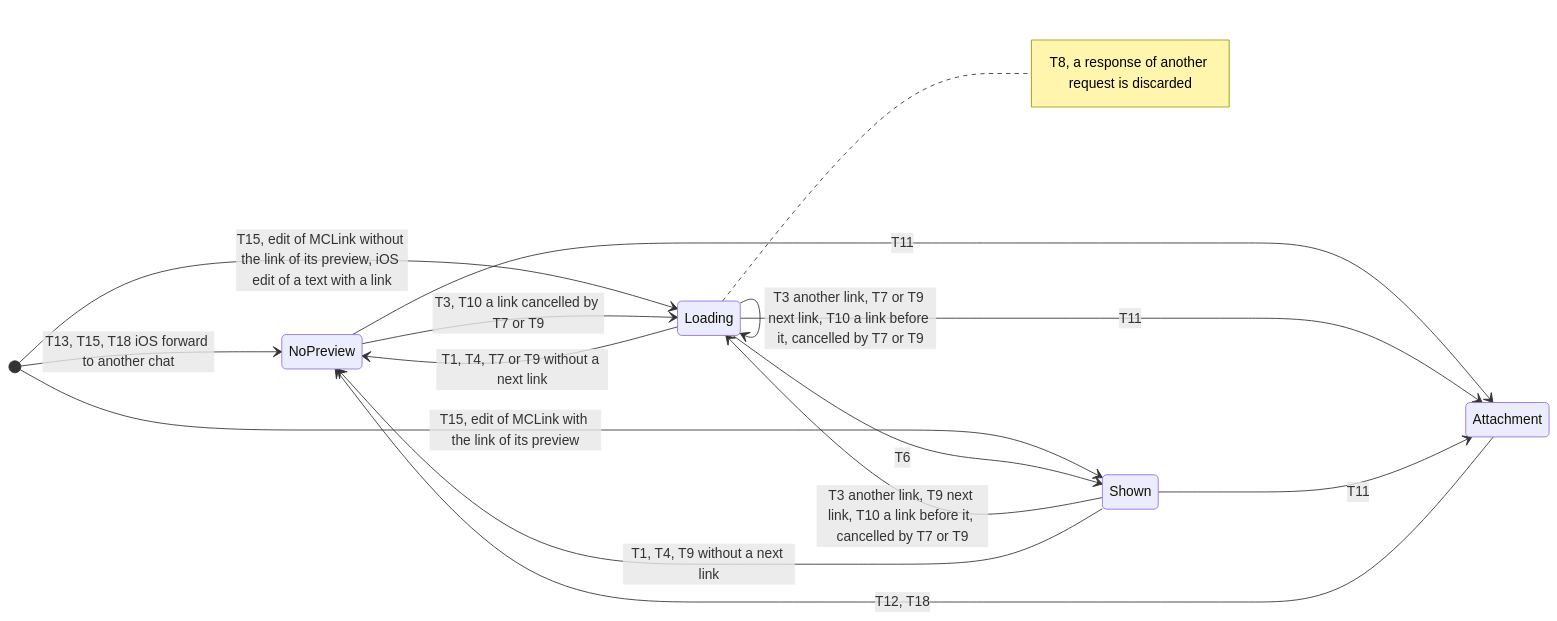
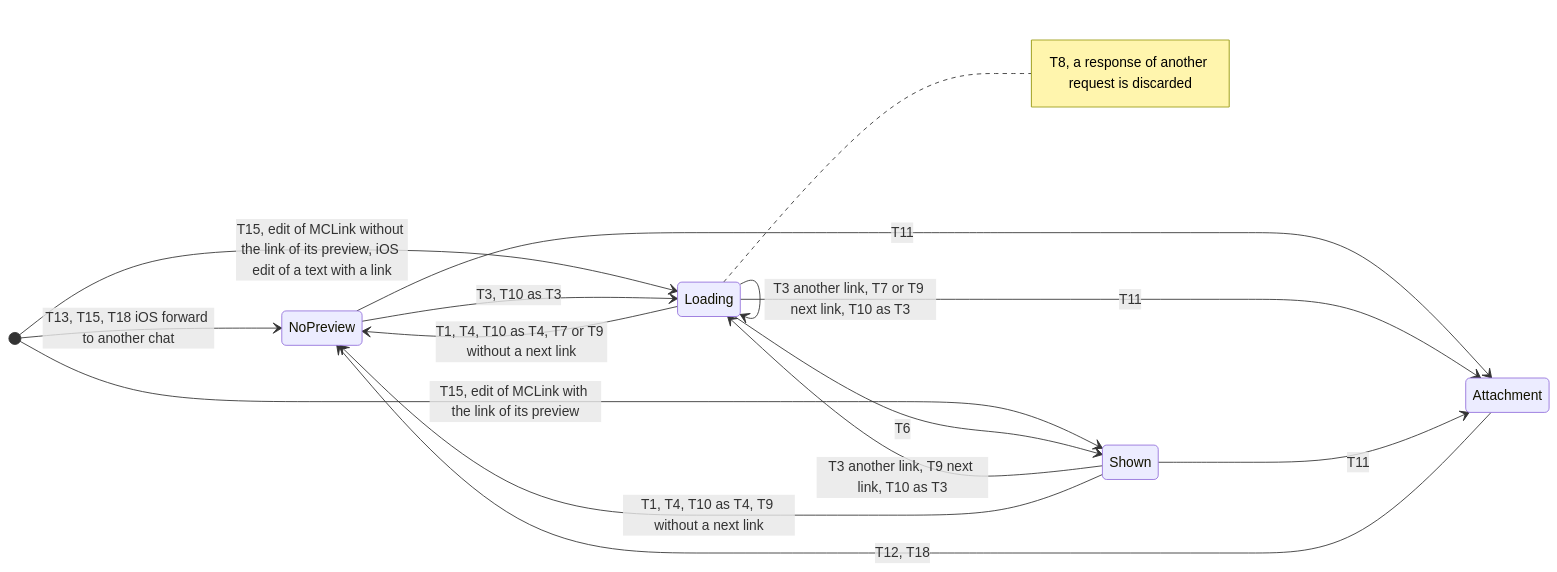
The sixth of 9 diagrams in plans/2026-11-21-link-previews-core.md (simplex-chat/simplex-chat), drawn with Mermaid before and after one commit. The commit also changed other lines of this file, not shown here.

Commit message:
docs: plan all chat switch transitions of link previews

````diff
--- a/plans/2026-11-21-link-previews-core.md
+++ b/plans/2026-11-21-link-previews-core.md
@@ -617,20 +617,20 @@
 ```mermaid
 stateDiagram-v2
   direction LR
   [*] --> NoPreview: T13, T15, T18 iOS forward to another chat
   [*] --> Shown: T15, edit of MCLink with the link of its preview
   [*] --> Loading: T15, edit of MCLink without the link of its preview, iOS edit of a text with a link
-  NoPreview --> Loading: T3, T10 a link cancelled by T7 or T9
-  Loading --> Loading: T3 another link, T7 or T9 next link, T10 a link before it, cancelled by T7 or T9
-  Shown --> Loading: T3 another link, T9 next link, T10 a link before it, cancelled by T7 or T9
+  NoPreview --> Loading: T3, T10 as T3
+  Loading --> Loading: T3 another link, T7 or T9 next link, T10 as T3
+  Shown --> Loading: T3 another link, T9 next link, T10 as T3
   Loading --> Shown: T6
-  Loading --> NoPreview: T1, T4, T7 or T9 without a next link
-  Shown --> NoPreview: T1, T4, T9 without a next link
+  Loading --> NoPreview: T1, T4, T10 as T4, T7 or T9 without a next link
+  Shown --> NoPreview: T1, T4, T10 as T4, T9 without a next link
   NoPreview --> Attachment: T11
   Loading --> Attachment: T11
   Shown --> Attachment: T11
   Attachment --> NoPreview: T12, T18
   note right of Loading
     T8, a response of another request is discarded
   end note
 ```
````
